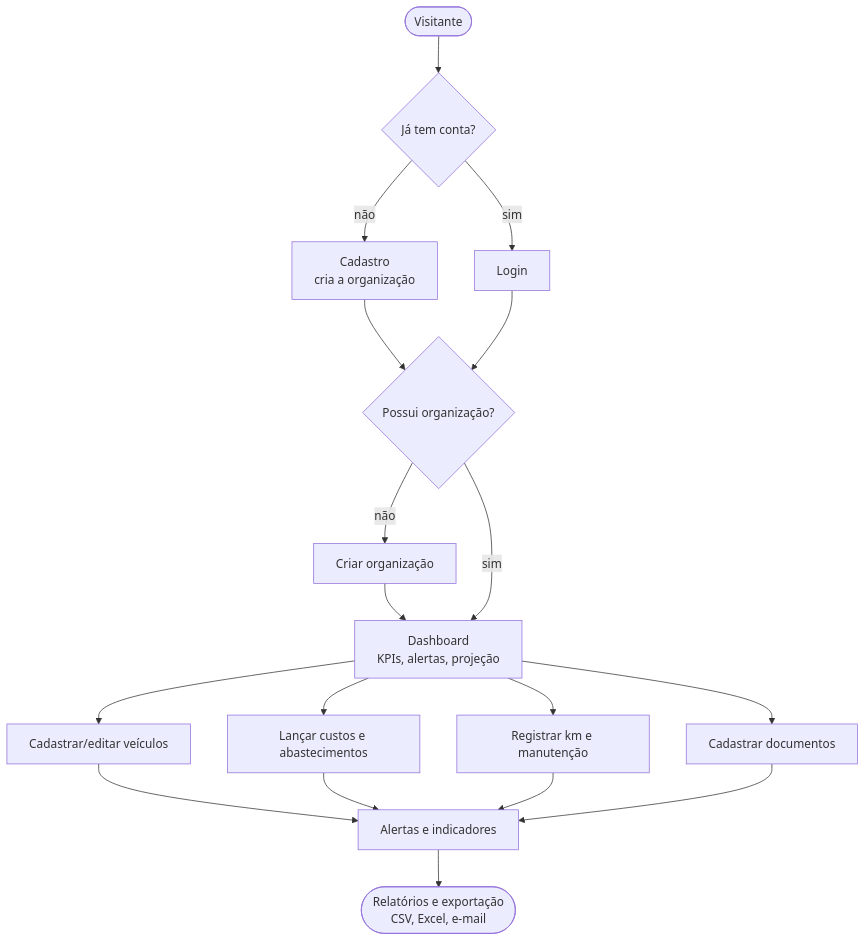
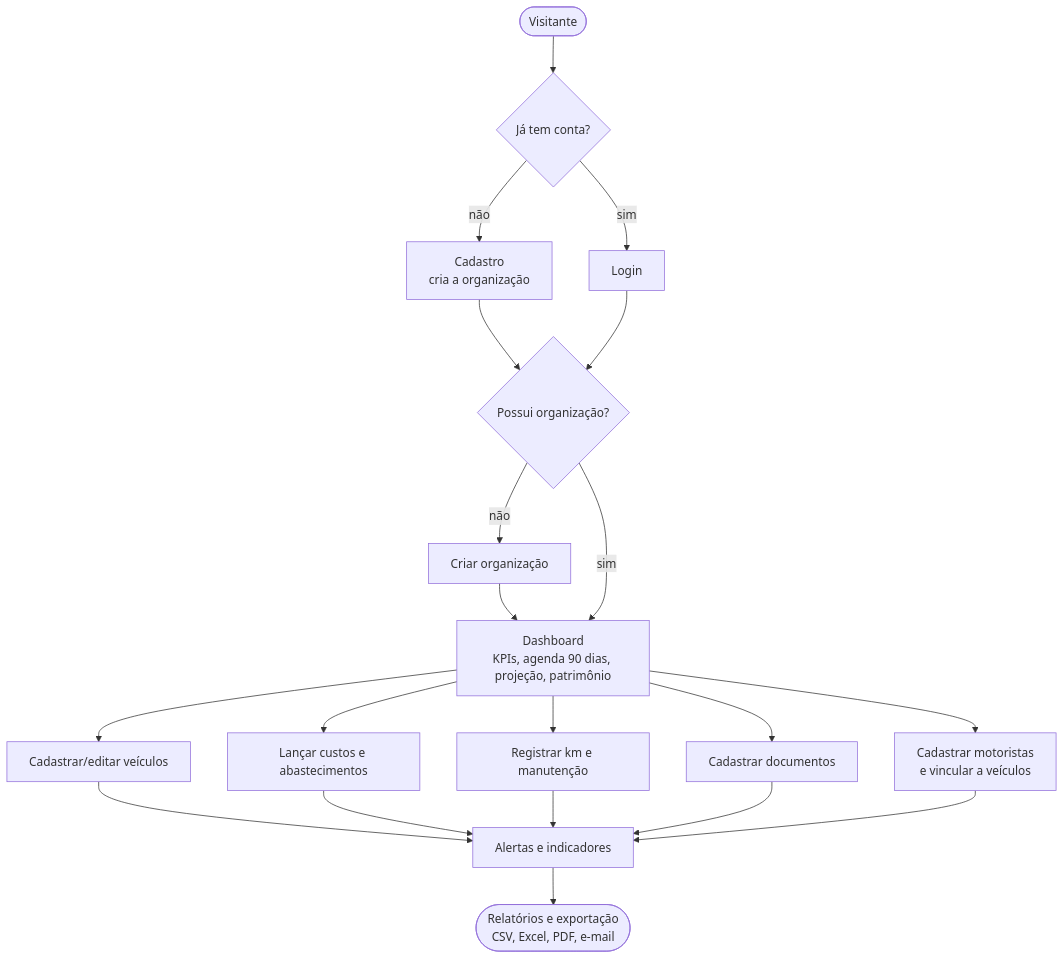
The first of 3 diagrams in docs/DOCUMENTACAO.md (willCastilho/Frotas), drawn with Mermaid before and after one commit. The commit also changed other lines of this file, not shown here.

First line of the commit message:
Docs: atualiza documentacao (motoristas, recorrencia, depreciacao, PDF, e-mail)

````diff
--- a/docs/DOCUMENTACAO.md
+++ b/docs/DOCUMENTACAO.md
@@ -38,20 +42,22 @@
 ```mermaid
 flowchart TD
     A([Visitante]) --> B{Já tem conta?}
     B -- não --> C[Cadastro<br/>cria a organização]
     B -- sim --> D[Login]
     C --> E{Possui organização?}
     D --> E
     E -- não --> F[Criar organização]
     F --> G[Dashboard]
-    E -- sim --> G[Dashboard<br/>KPIs, alertas, projeção]
+    E -- sim --> G[Dashboard<br/>KPIs, agenda 90 dias, projeção, patrimônio]
     G --> H[Cadastrar/editar veículos]
     G --> I[Lançar custos e abastecimentos]
     G --> J[Registrar km e manutenção]
     G --> K[Cadastrar documentos]
+    G --> N[Cadastrar motoristas<br/>e vincular a veículos]
     H --> L[Alertas e indicadores]
     I --> L
     J --> L
     K --> L
-    L --> M([Relatórios e exportação<br/>CSV, Excel, e-mail])
+    N --> L
+    L --> M([Relatórios e exportação<br/>CSV, Excel, PDF, e-mail])
 ```
````
